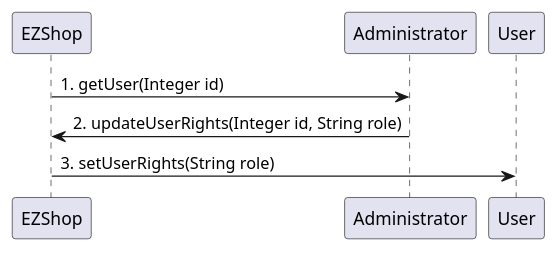
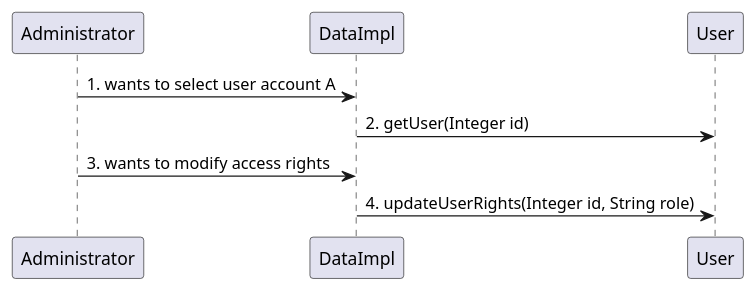
Before and after one commit to djemar/softeng_ezshop: the eighth of 16 diagrams in Deliverables/DesignDocument.md, drawn with PlantUML. The commit also changed other lines of this file, not shown here.

Commit message:
Verification sequence diagrams part 2

````diff
--- a/Deliverables/DesignDocument.md
+++ b/Deliverables/DesignDocument.md
@@ -280,5 +308,6 @@
 ```plantuml
-"EZShop" -> "Administrator": 1. getUser(Integer id)
-"Administrator" -> "EZShop": 2. updateUserRights(Integer id, String role)
-"EZShop" -> "User": 3. setUserRights(String role)
+"Administrator" -> "DataImpl": 1. wants to select user account A
+"DataImpl" -> "User": 2. getUser(Integer id)
+"Administrator" -> "DataImpl": 3. wants to modify access rights 
+"DataImpl" -> "User": 4. updateUserRights(Integer id, String role)
 ```
````
